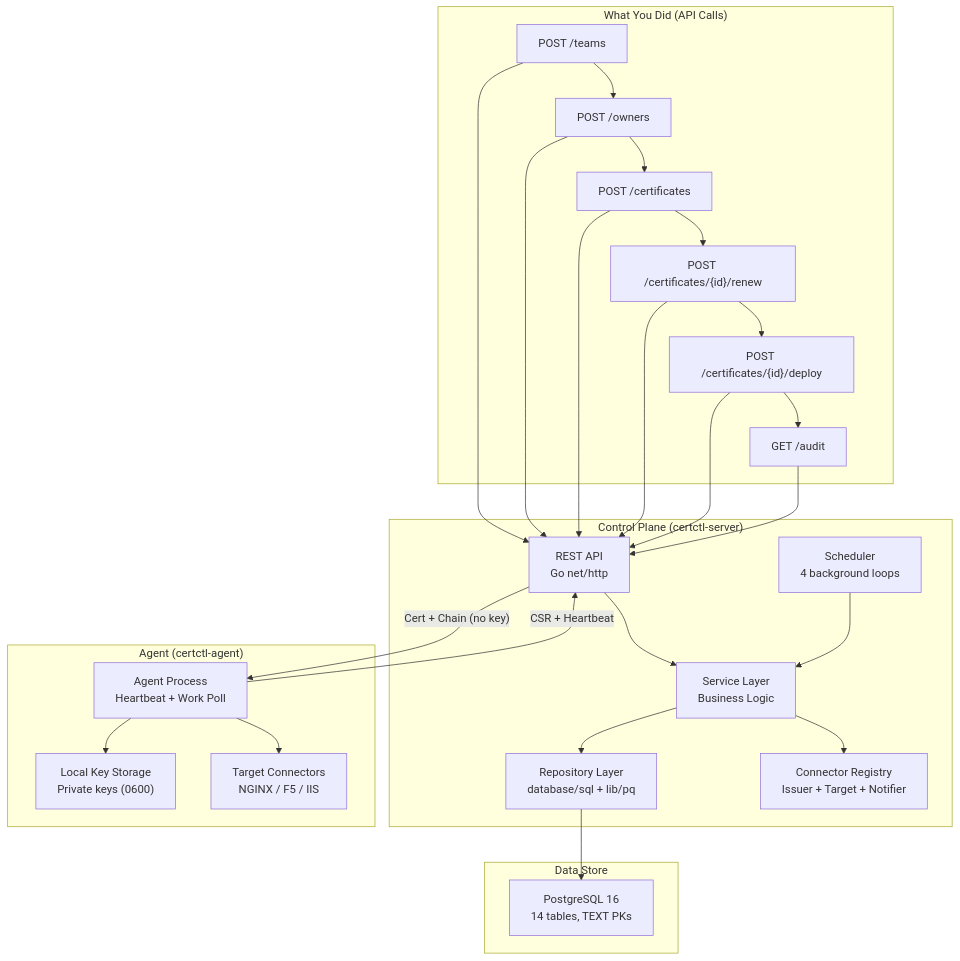
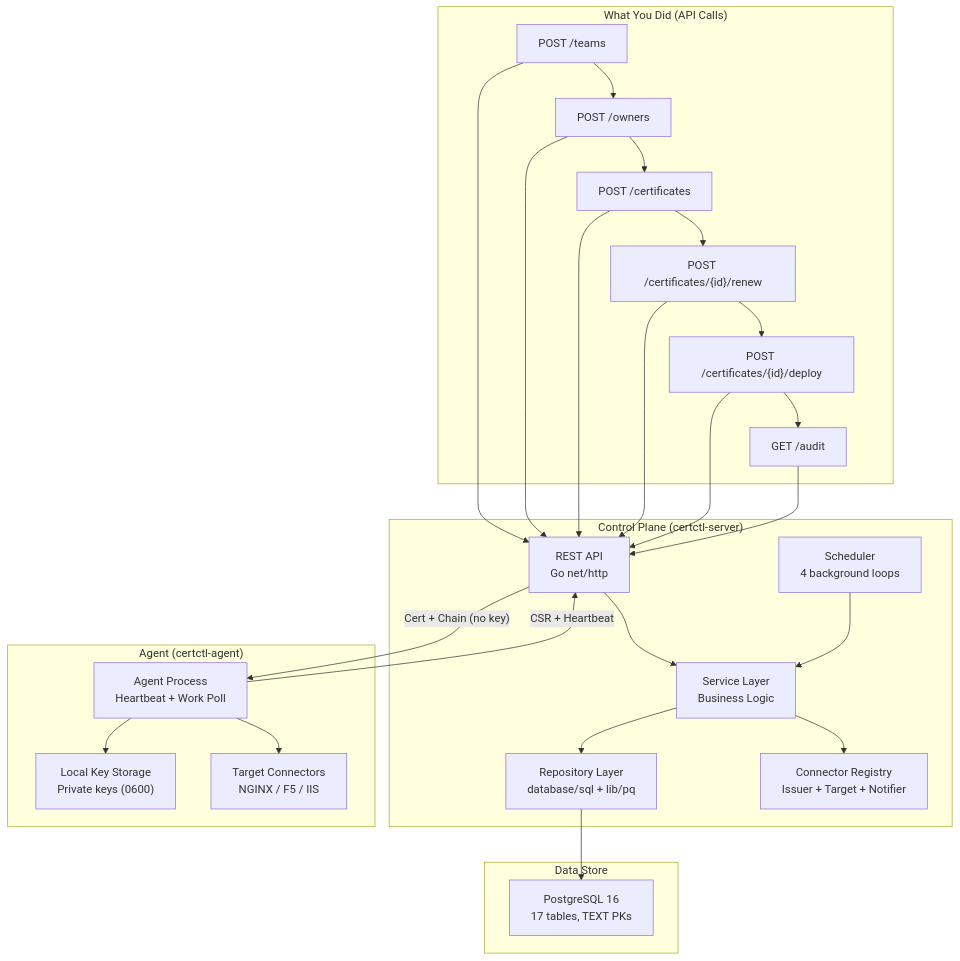
Before and after one commit to certctl-io/certctl: the sixth of 6 diagrams in docs/demo-advanced.md, drawn with Mermaid. The commit also changed other lines of this file and 5 other files, not shown here.

````diff
--- a/docs/demo-advanced.md
+++ b/docs/demo-advanced.md
@@ -485,39 +485,39 @@
 ```mermaid
 flowchart TB
     subgraph "What You Did (API Calls)"
         U1["POST /teams"] --> U2["POST /owners"]
         U2 --> U3["POST /certificates"]
         U3 --> U4["POST /certificates/{id}/renew"]
         U4 --> U5["POST /certificates/{id}/deploy"]
         U5 --> U6["GET /audit"]
     end
 
     subgraph "Control Plane (certctl-server)"
         API["REST API\nGo net/http"]
         SVC["Service Layer\nBusiness Logic"]
         REPO["Repository Layer\ndatabase/sql + lib/pq"]
         SCHED["Scheduler\n4 background loops"]
         CONN["Connector Registry\nIssuer + Target + Notifier"]
     end
 
     subgraph "Data Store"
-        PG["PostgreSQL 16\n14 tables, TEXT PKs"]
+        PG["PostgreSQL 16\n17 tables, TEXT PKs"]
     end
 
     subgraph "Agent (certctl-agent)"
         AGENT["Agent Process\nHeartbeat + Work Poll"]
         KEYS["Local Key Storage\nPrivate keys (0600)"]
         TC["Target Connectors\nNGINX / F5 / IIS"]
     end
 
     U1 & U2 & U3 & U4 & U5 & U6 --> API
     API --> SVC
     SVC --> REPO
     REPO --> PG
     SVC --> CONN
     SCHED --> SVC
     AGENT -->|"CSR + Heartbeat"| API
     API -->|"Cert + Chain (no key)"| AGENT
     AGENT --> KEYS
     AGENT --> TC
 ```
````
